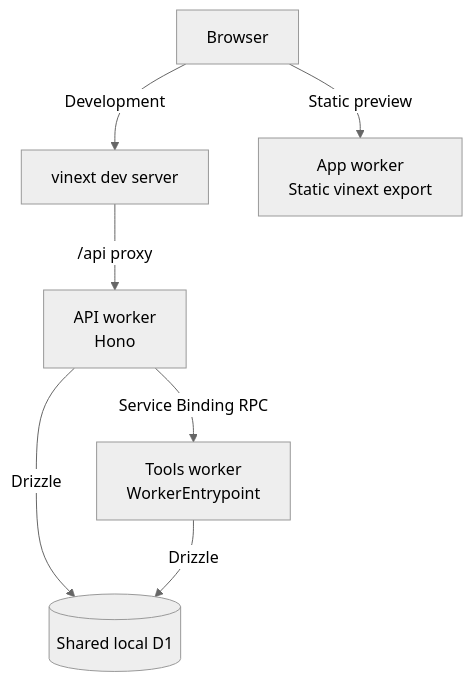
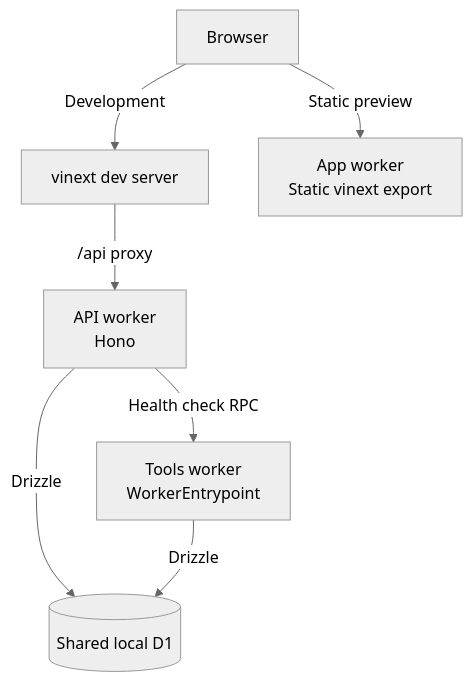
One commit to hd-o/voice-freight-broker changed the diagram in README.md. Above: the diagram before and after it, drawn with Mermaid (neutral theme). The commit also changed other lines of this file and 65 other files, not shown here.

````diff
--- a/README.md
+++ b/README.md
@@ -66,16 +54,16 @@
 ```mermaid
 flowchart TD
   Browser["Browser"]
   Dev["vinext dev server"]
   App["App worker<br/>Static vinext export"]
   API["API worker<br/>Hono"]
   Tools["Tools worker<br/>WorkerEntrypoint"]
   DB[("Shared local D1")]
 
   Browser -->|Development| Dev
   Browser -->|Static preview| App
   Dev -->|/api proxy| API
-  API -->|Service Binding RPC| Tools
+  API -->|Health check RPC| Tools
   API -->|Drizzle| DB
   Tools -->|Drizzle| DB
 ```
````
